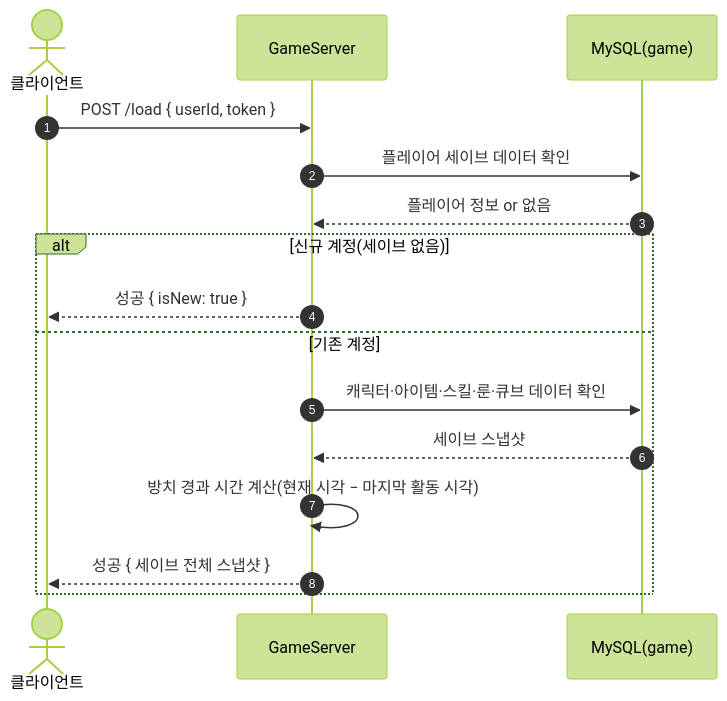
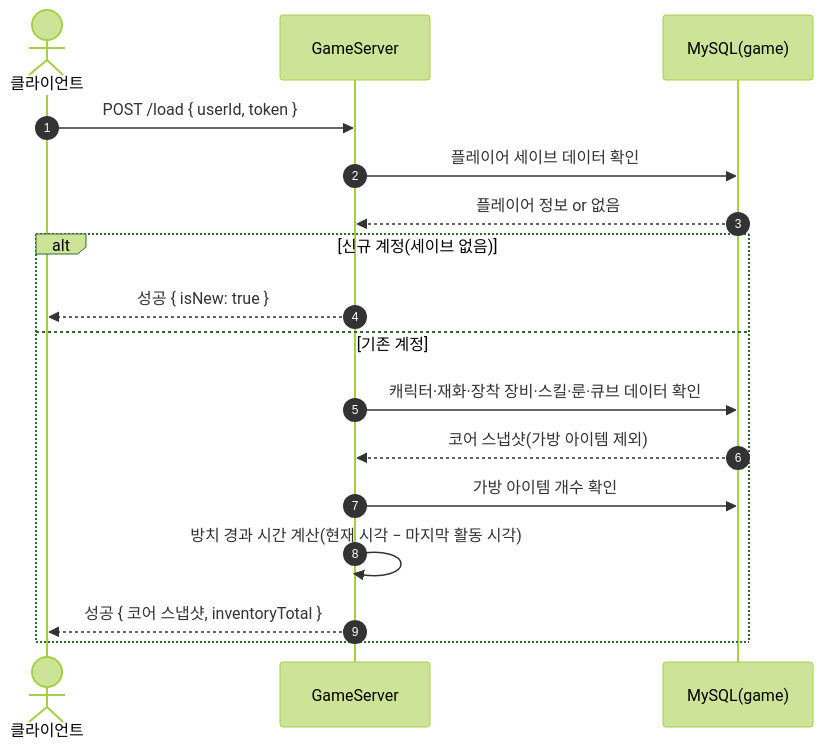
Before and after one commit to ks-wook/com2us-taskbar-hero: the fourth of 32 diagrams in SequenceDiagram/README.md, drawn with Mermaid (forest theme). The commit also changed other lines of this file and 33 other files, not shown here.

````diff
--- a/SequenceDiagram/README.md
+++ b/SequenceDiagram/README.md
@@ -150,19 +152,20 @@
 ```mermaid
 sequenceDiagram
     autonumber
     actor C as 클라이언트
     participant S as GameServer
     participant DB as MySQL(game)
 
     C->>S: POST /load { userId, token }
     S->>DB: 플레이어 세이브 데이터 확인
     DB-->>S: 플레이어 정보 or 없음
     alt 신규 계정(세이브 없음)
         S-->>C: 성공 { isNew: true }
     else 기존 계정
-        S->>DB: 캐릭터·아이템·스킬·룬·큐브 데이터 확인
-        DB-->>S: 세이브 스냅샷
+        S->>DB: 캐릭터·재화·장착 장비·스킬·룬·큐브 데이터 확인
+        DB-->>S: 코어 스냅샷(가방 아이템 제외)
+        S->>DB: 가방 아이템 개수 확인
         S->>S: 방치 경과 시간 계산(현재 시각 − 마지막 활동 시각)
-        S-->>C: 성공 { 세이브 전체 스냅샷 }
+        S-->>C: 성공 { 코어 스냅샷, inventoryTotal }
     end
 ```
````
